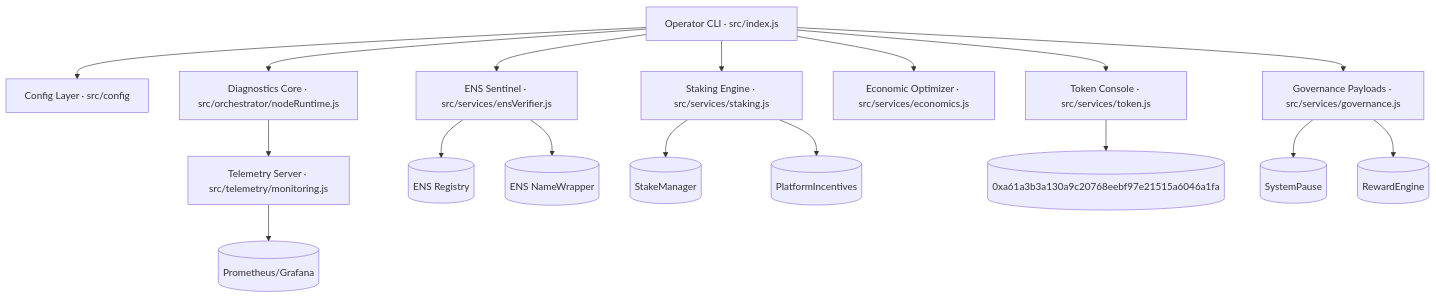
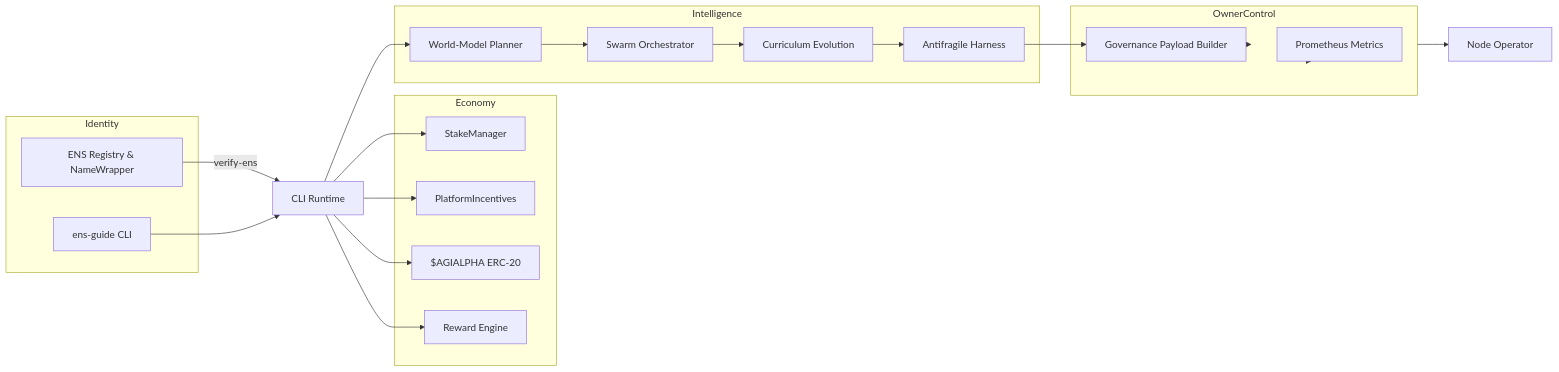
The diagram in README.md (MontrealAI/AGI-Alpha-Node-v0), drawn with Mermaid before and after one commit. The commit also changed other lines of this file and 9 other files, not shown here.

````diff
--- a/README.md
+++ b/README.md
@@ -164,19 +191,38 @@
 ```mermaid
-flowchart TD
-    OperatorCLI[Operator CLI · src/index.js] --> Config[Config Layer · src/config]
-    OperatorCLI --> ENSVerifier[ENS Sentinel · src/services/ensVerifier.js]
-    OperatorCLI --> StakingEngine[Staking Engine · src/services/staking.js]
-    OperatorCLI --> TokenConsole[Token Console · src/services/token.js]
-    OperatorCLI --> EconomicsCore[Economic Optimizer · src/services/economics.js]
-    OperatorCLI --> GovernanceSuite[Governance Payloads · src/services/governance.js]
-    OperatorCLI --> Diagnostics[Diagnostics Core · src/orchestrator/nodeRuntime.js]
-    Diagnostics --> Telemetry[Telemetry Server · src/telemetry/monitoring.js]
-    ENSVerifier --> ENSRegistry[(ENS Registry)]
-    ENSVerifier --> NameWrapper[(ENS NameWrapper)]
-    StakingEngine --> StakeManager[(StakeManager)]
-    StakingEngine --> Incentives[(PlatformIncentives)]
-    TokenConsole --> AGIALPHA[(0xa61a3b3a130a9c20768eebf97e21515a6046a1fa)]
-    GovernanceSuite --> SystemPause[(SystemPause)]
-    GovernanceSuite --> RewardEngine[(RewardEngine)]
-    Telemetry --> Prometheus[(Prometheus/Grafana)]
+flowchart LR
+  subgraph Identity
+    ENS[ENS Registry & NameWrapper]
+    Guide[ens-guide CLI]
+  end
+  subgraph Economy
+    Stake[StakeManager]
+    Incentives[PlatformIncentives]
+    Token[$AGIALPHA ERC-20]
+    Rewards[Reward Engine]
+  end
+  subgraph Intelligence
+    Planner[World-Model Planner]
+    Swarm[Swarm Orchestrator]
+    Learning[Curriculum Evolution]
+    Stress[Antifragile Harness]
+  end
+  subgraph OwnerControl
+    Governance[Governance Payload Builder]
+    Telemetry[Prometheus Metrics]
+  end
+
+  ENS -->|verify-ens| Runtime
+  Guide --> Runtime[CLI Runtime]
+  Runtime --> Stake
+  Runtime --> Incentives
+  Runtime --> Token
+  Runtime --> Rewards
+  Runtime --> Planner
+  Planner --> Swarm
+  Swarm --> Learning
+  Learning --> Stress
+  Stress --> Governance
+  Governance --> OwnerControl
+  Telemetry --> OwnerControl
+  OwnerControl --> Operator[Node Operator]
 ```
````
